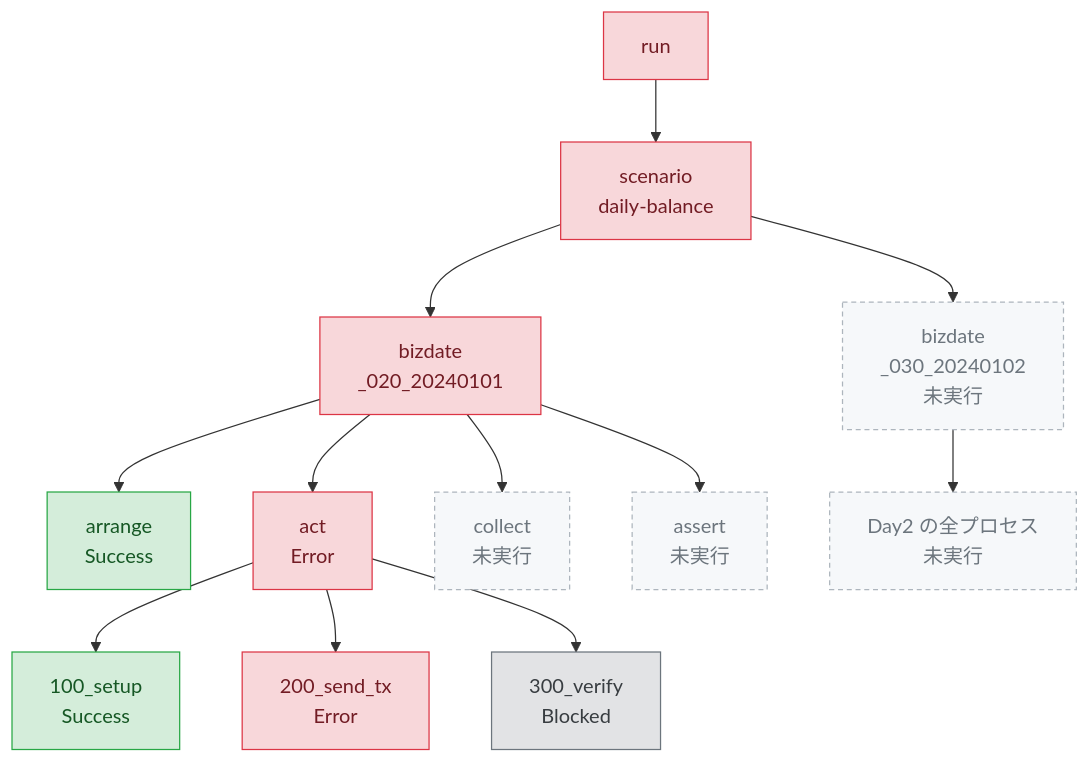
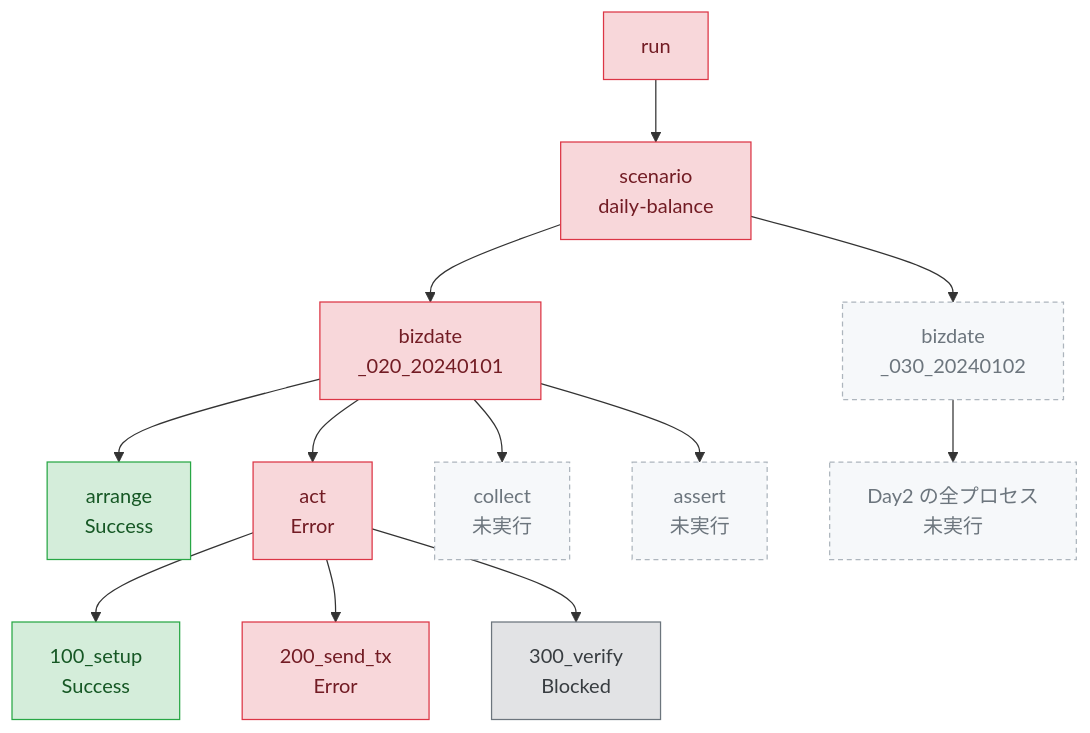
Before and after one commit to suwa-sh/zenn-contents: the first of 2 diagrams in articles/stfw_20260711.md, drawn with Mermaid. The commit also changed other lines of this file and 2 other files, not shown here.

````diff
--- a/articles/stfw_20260711.md
+++ b/articles/stfw_20260711.md
@@ -229,22 +236,22 @@
 ```mermaid
 flowchart TD
   run["run"] --> sc["scenario<br/>daily-balance"]
   sc --> d1["bizdate<br/>_020_20240101"]
-  sc --> d2["bizdate<br/>_030_20240102<br/>未実行"]
+  sc --> d2["bizdate<br/>_030_20240102"]
   d1 --> p1["arrange<br/>Success"]
   d1 --> p2["act<br/>Error"]
   d1 --> p3["collect<br/>未実行"]
   d1 --> p4["assert<br/>未実行"]
   p2 --> s1["100_setup<br/>Success"]
   p2 --> s2["200_send_tx<br/>Error"]
   p2 --> s3["300_verify<br/>Blocked"]
   d2 --> p5["Day2 の全プロセス<br/>未実行"]
   classDef success fill:#d4edda,stroke:#28a745,color:#155724
   classDef error fill:#f8d7da,stroke:#dc3545,color:#721c24
   classDef blocked fill:#e2e3e5,stroke:#6c757d,color:#383d41
   classDef notrun fill:#f6f8fa,stroke:#adb5bd,color:#6c757d,stroke-dasharray:4 3
   class p1,s1 success
   class run,sc,d1,p2,s2 error
   class s3 blocked
   class d2,p3,p4,p5 notrun
 ```
````
